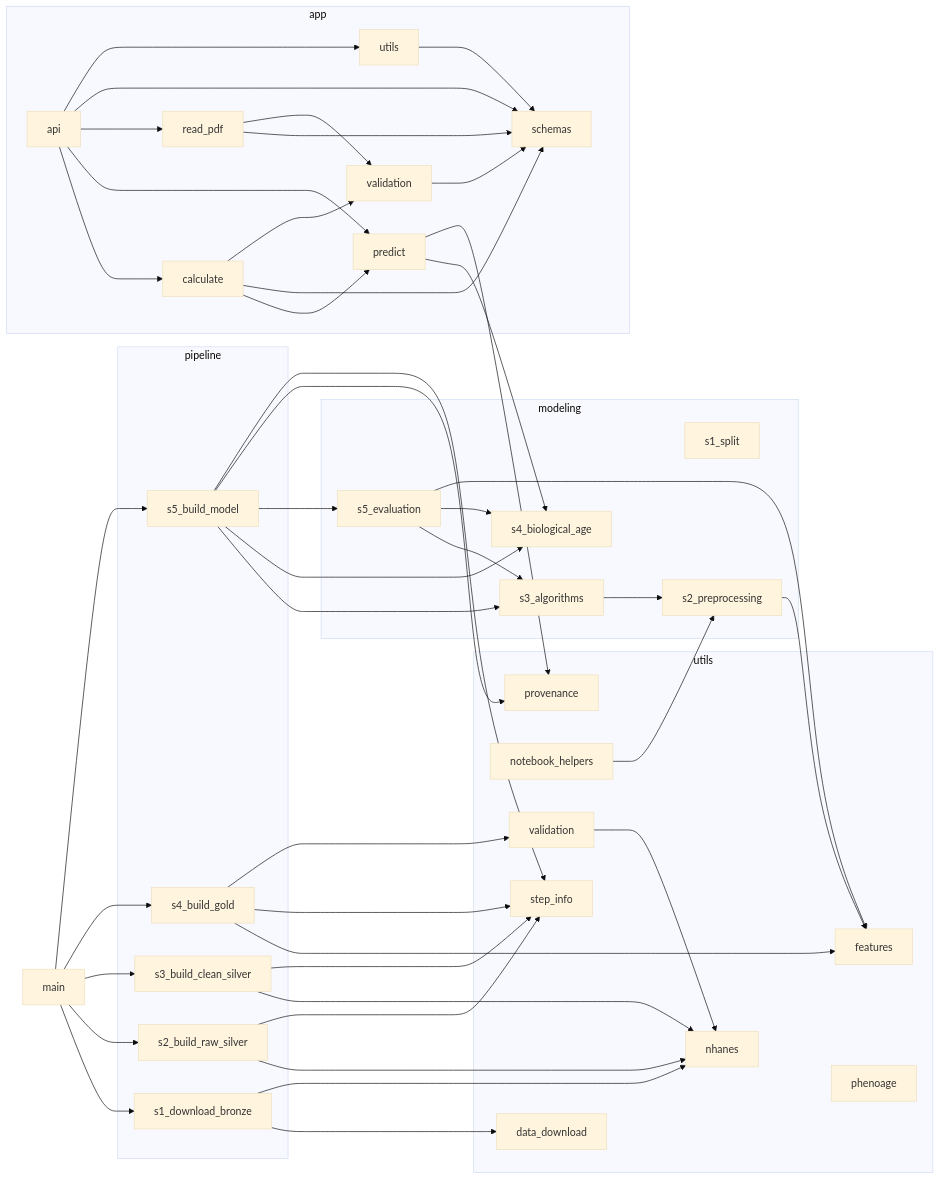
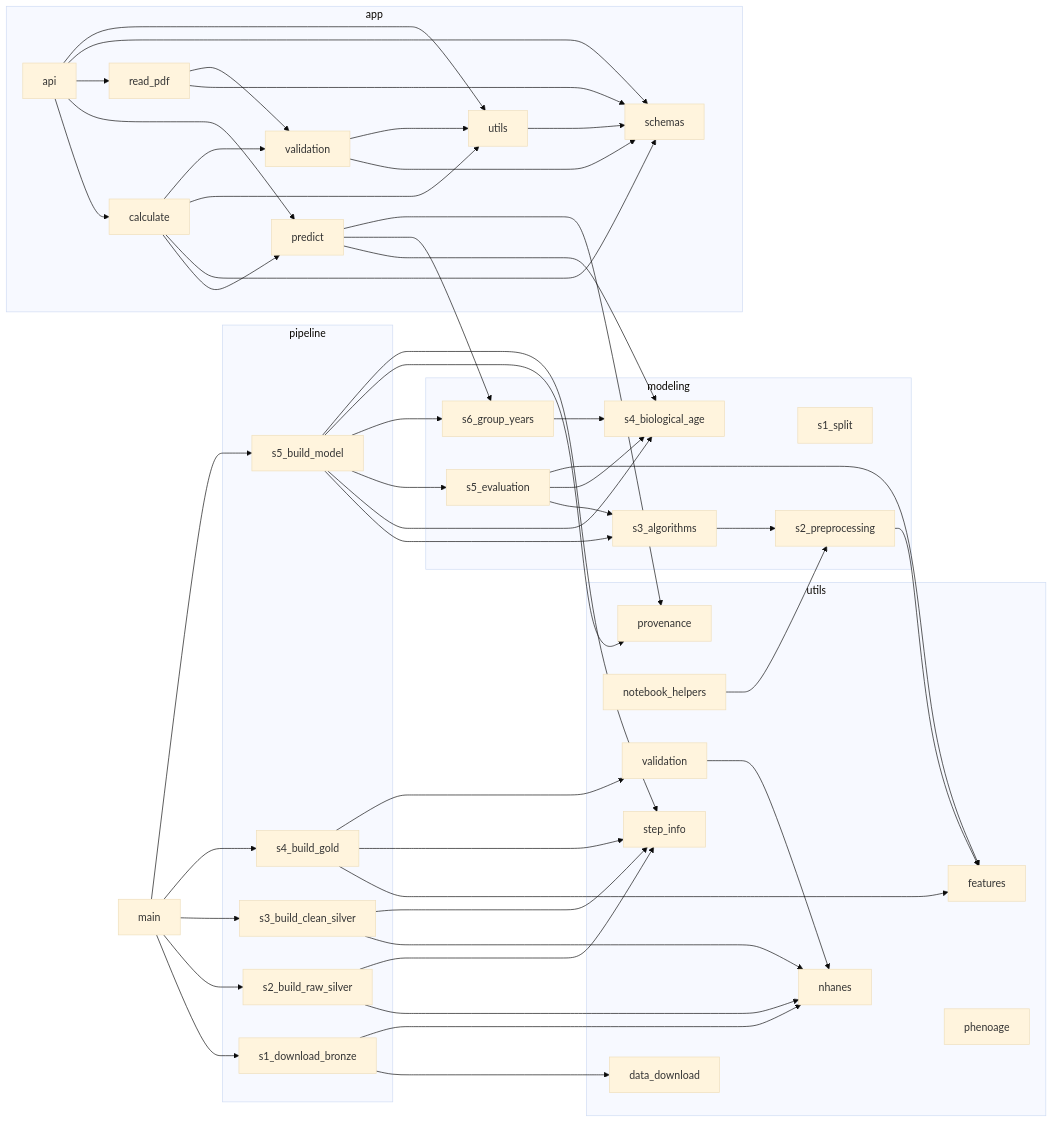
One commit to rubengil-dev/TFM---Evolve changed the diagram in docs/import_graph.md. Above: the diagram before and after it, drawn with Mermaid (base theme). The commit also changed 53 other files, not shown here.

First line of the commit message:
feat(app): calculate with group years, minimum data and margin

```diff
--- a/docs/import_graph.md
+++ b/docs/import_graph.md
@@ -20,6 +20,7 @@
     modeling_s3_algorithms[s3_algorithms]
     modeling_s4_biological_age[s4_biological_age]
     modeling_s5_evaluation[s5_evaluation]
+    modeling_s6_group_years[s6_group_years]
   end
   subgraph pipeline
     pipeline_s1_download_bronze[s1_download_bronze]
@@ -46,13 +47,16 @@
   app_api --> app_utils
   app_calculate --> app_predict
   app_calculate --> app_schemas
+  app_calculate --> app_utils
   app_calculate --> app_validation
   app_predict --> modeling_s4_biological_age
+  app_predict --> modeling_s6_group_years
   app_predict --> utils_provenance
   app_read_pdf --> app_schemas
   app_read_pdf --> app_validation
   app_utils --> app_schemas
   app_validation --> app_schemas
+  app_validation --> app_utils
   main --> pipeline_s1_download_bronze
   main --> pipeline_s2_build_raw_silver
   main --> pipeline_s3_build_clean_silver
@@ -63,6 +67,7 @@
   modeling_s5_evaluation --> modeling_s3_algorithms
   modeling_s5_evaluation --> modeling_s4_biological_age
   modeling_s5_evaluation --> utils_features
+  modeling_s6_group_years --> modeling_s4_biological_age
   pipeline_s1_download_bronze --> utils_data_download
   pipeline_s1_download_bronze --> utils_nhanes
   pipeline_s2_build_raw_silver --> utils_nhanes
@@ -75,6 +80,7 @@
   pipeline_s5_build_model --> modeling_s3_algorithms
   pipeline_s5_build_model --> modeling_s4_biological_age
   pipeline_s5_build_model --> modeling_s5_evaluation
+  pipeline_s5_build_model --> modeling_s6_group_years
   pipeline_s5_build_model --> utils_provenance
   pipeline_s5_build_model --> utils_step_info
   utils_notebook_helpers --> modeling_s2_preprocessing
```
